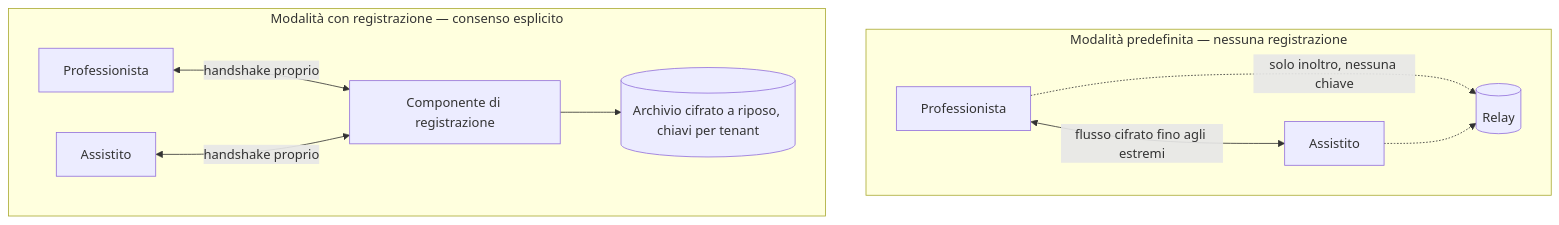
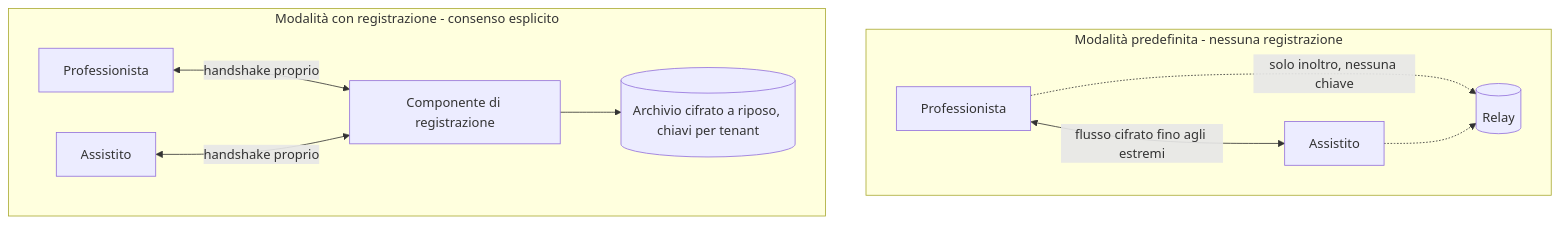
One commit to fedcal/Telemedic changed the second of 2 diagrams in docs/01_technical/05-media-e-tempo-reale.md. Above: the diagram before and after it, drawn with Mermaid. The commit also changed other lines of this file and 301 other files, not shown here.

````diff
--- a/docs/01_technical/05-media-e-tempo-reale.md
+++ b/docs/01_technical/05-media-e-tempo-reale.md
@@ -506,13 +506,13 @@
 ```mermaid
 flowchart TB
-    subgraph A[Modalità predefinita — nessuna registrazione]
+    subgraph A[Modalità predefinita - nessuna registrazione]
       P1[Professionista] <-->|flusso cifrato fino agli estremi| P2[Assistito]
       P1 -.->|solo inoltro, nessuna chiave| R[(Relay)]
       P2 -.-> R
     end
-    subgraph B[Modalità con registrazione — consenso esplicito]
+    subgraph B[Modalità con registrazione - consenso esplicito]
       Q1[Professionista] <-->|handshake proprio| REC[Componente di registrazione]
       Q2[Assistito] <-->|handshake proprio| REC
       REC --> S[(Archivio cifrato a riposo, chiavi per tenant)]
     end
 ```
````
